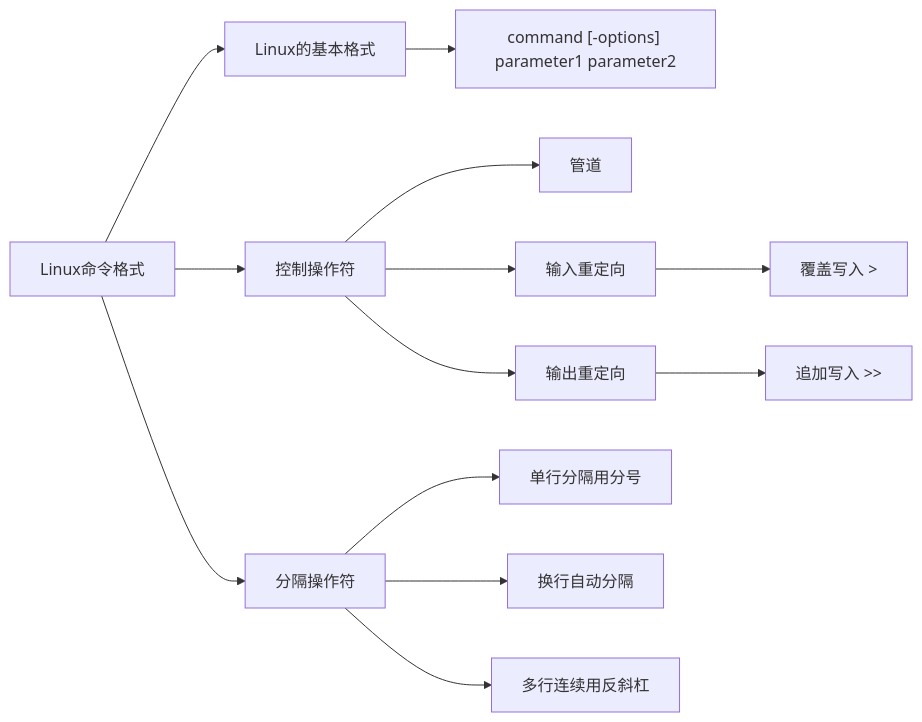
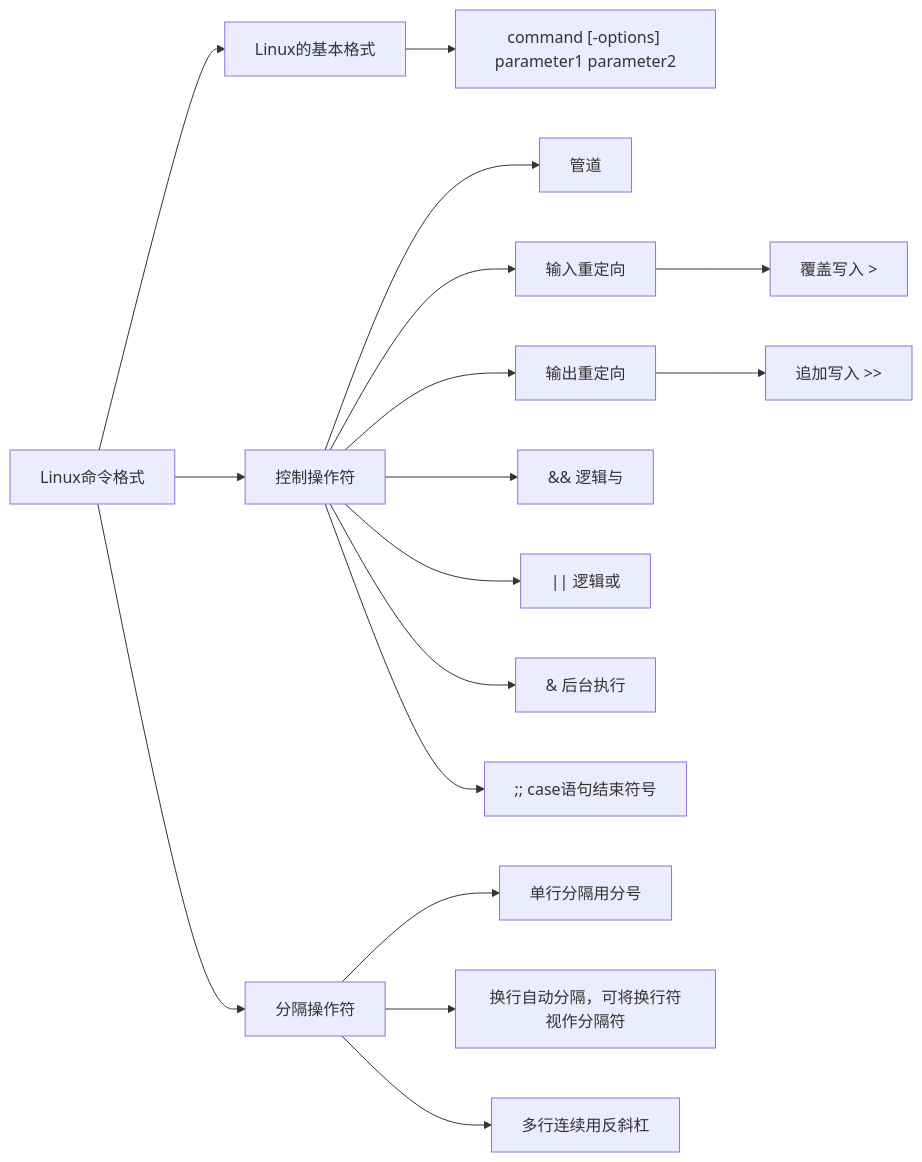
Before and after one commit to 78590-web/tech-blog: the third of 3 diagrams in docs/linux/shell-01-intro.md, drawn with Mermaid. The commit also changed other lines of this file and 2 other files, not shown here.

````diff
--- a/docs/linux/shell-01-intro.md
+++ b/docs/linux/shell-01-intro.md
@@ -177,15 +197,19 @@
 ```mermaid
 flowchart LR
 A_1[Linux命令格式] --> B_1[Linux的基本格式]
 B_1[Linux的基本格式] --> C_1["command [-options] parameter1 parameter2"]
 A_1[Linux命令格式] --> B_2[控制操作符]
 B_2[控制操作符] --> C_2[管道]
 B_2[控制操作符] --> C_3[输入重定向]
+B_2[控制操作符] --> C_4[输出重定向]
+B_2[控制操作符] --> C_5["&&	逻辑与"]
+B_2[控制操作符] --> C_6["|| 逻辑或"]
+B_2[控制操作符] --> C_7["& 后台执行"]
+B_2[控制操作符] --> C_8[";; case语句结束符号"]
 C_3[输入重定向] --> D_1["覆盖写入 >"]
-B_2[控制操作符] --> C_4[输出重定向]
 C_4[输出重定向] --> D_2["追加写入 >>"]
 A_1[Linux命令格式] --> B_3[分隔操作符]
-B_3[分隔操作符] --> C_5["单行分隔用分号"]
-B_3[分隔操作符] --> C_6[换行自动分隔]
-B_3[分隔操作符] --> C_7["多行连续用反斜杠"]
+B_3[分隔操作符] --> C_9[单行分隔用分号]
+B_3[分隔操作符] --> C_10[换行自动分隔，可将换行符视作分隔符]
+B_3[分隔操作符] --> C_11[多行连续用反斜杠]
 ```
````
